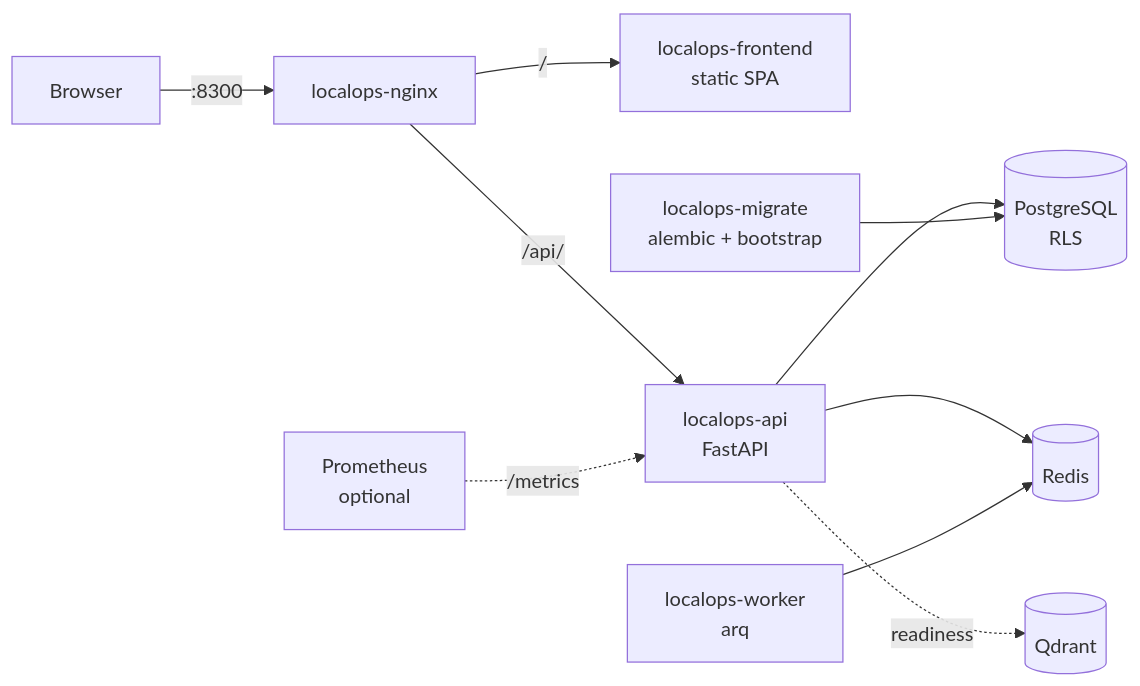
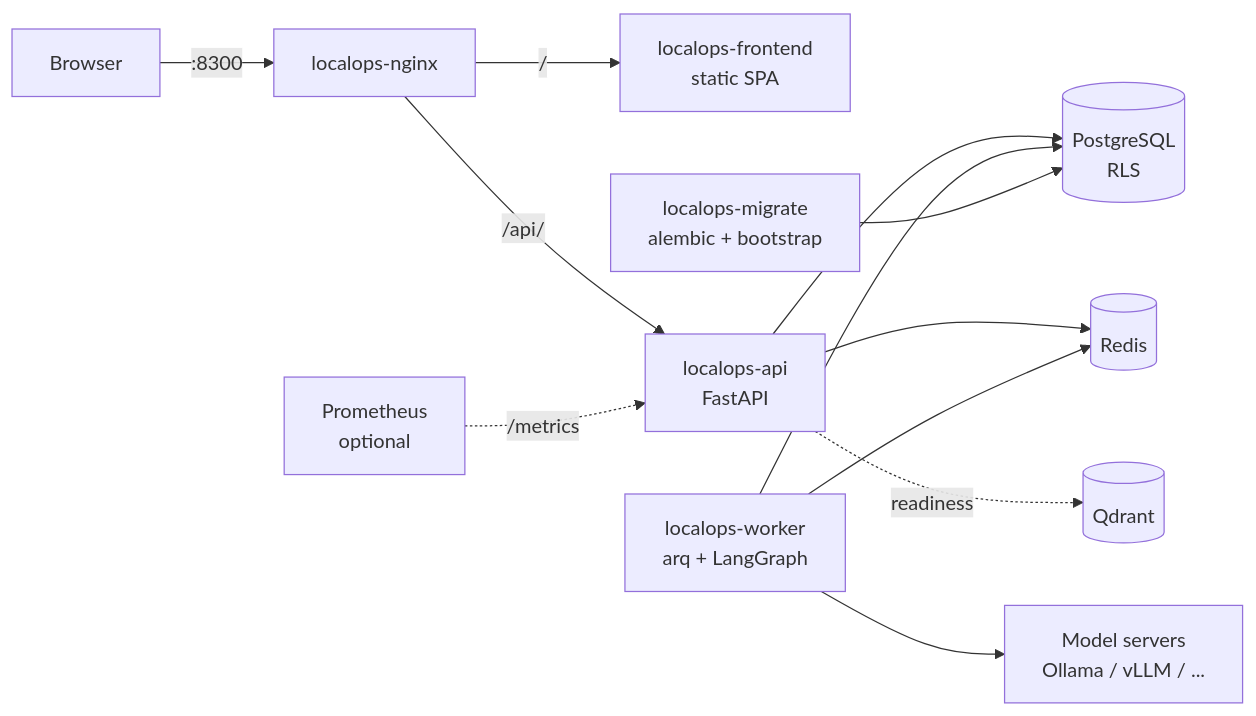
Before and after one commit to mkamranr/localops: the diagram in docs/architecture.md, drawn with Mermaid. The commit also changed other lines of this file and 69 other files, not shown here.

````diff
--- a/docs/architecture.md
+++ b/docs/architecture.md
@@ -6,12 +6,14 @@
 ```mermaid
 flowchart LR
     U[Browser] -->|:8300| NGINX[localops-nginx]
     NGINX -->|/| FE[localops-frontend<br/>static SPA]
     NGINX -->|/api/| API[localops-api<br/>FastAPI]
     API --> PG[(PostgreSQL<br/>RLS)]
     API --> REDIS[(Redis)]
     API -.readiness.-> QD[(Qdrant)]
-    WORKER[localops-worker<br/>arq] --> REDIS
+    WORKER[localops-worker<br/>arq + LangGraph] --> REDIS
+    WORKER --> PG
+    WORKER --> LLM[Model servers<br/>Ollama / vLLM / ...]
     MIGRATE[localops-migrate<br/>alembic + bootstrap] --> PG
     PROM[Prometheus<br/>optional] -.->|/metrics| API
 ```
````
